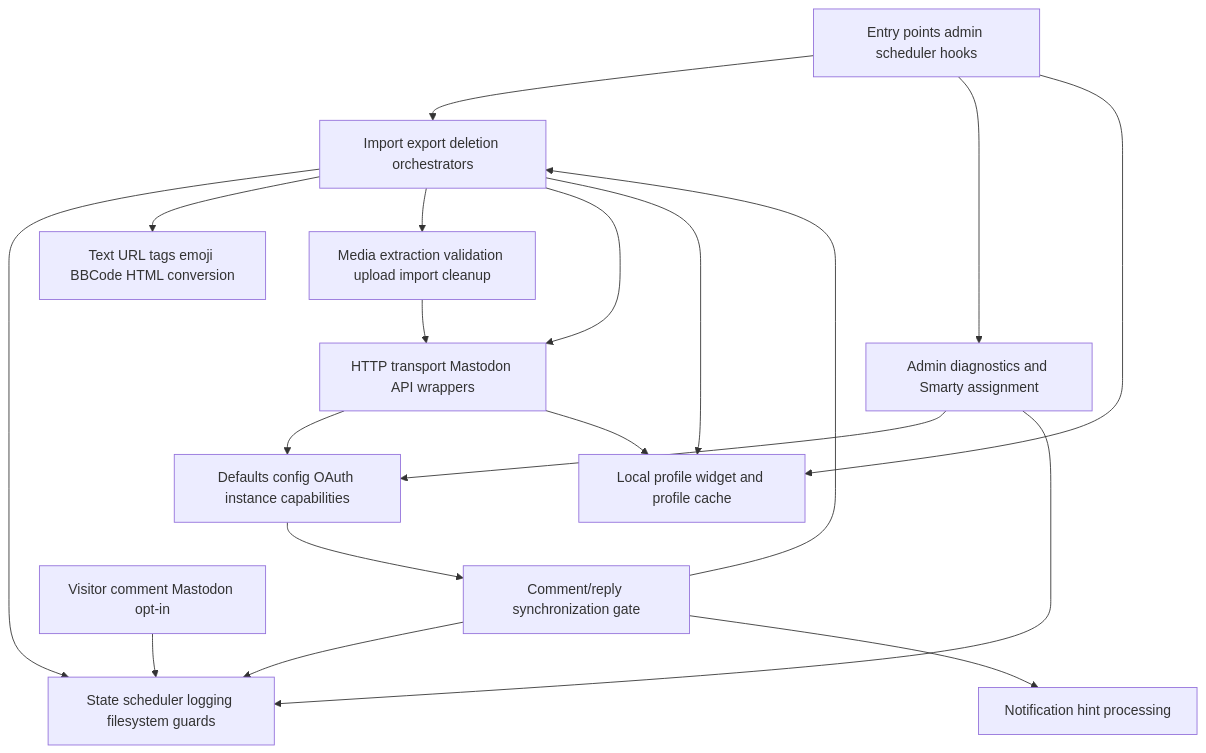
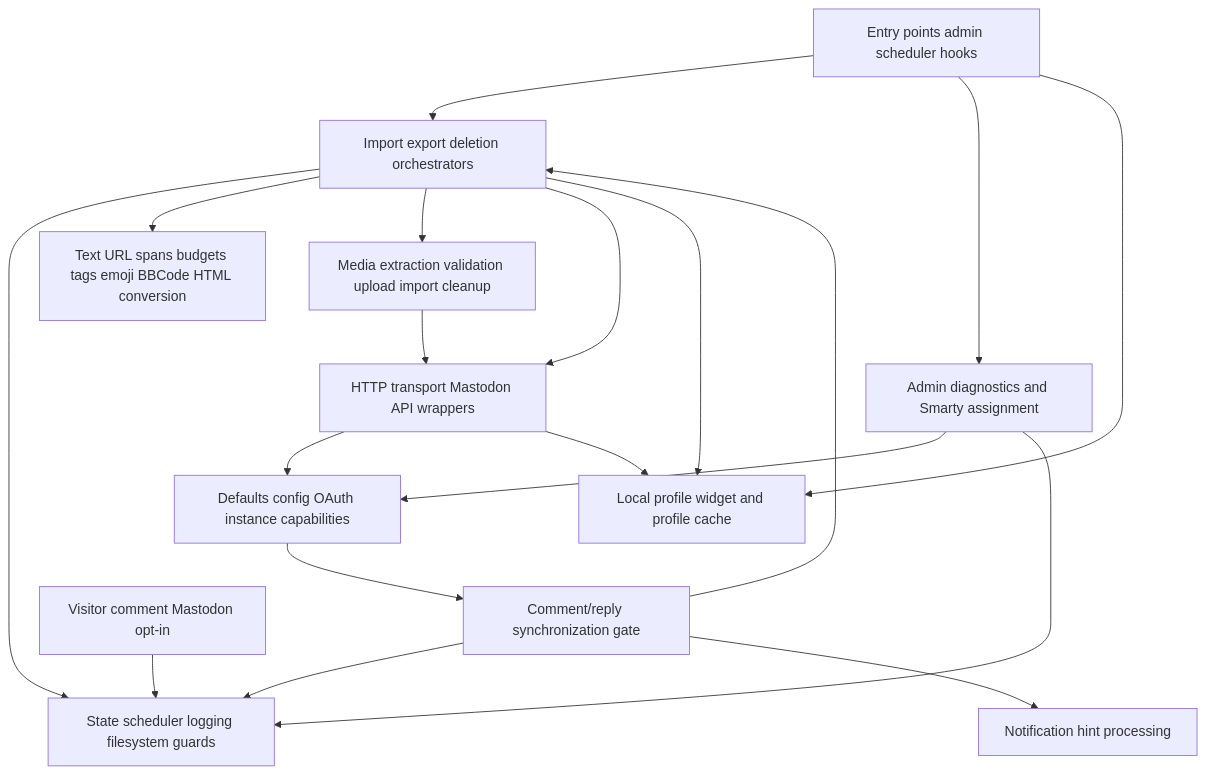
One commit to flatpressblog/flatpress changed the diagram in fp-plugins/mastodon/developer-docs/03-Function-Process-Matrix.md. Above: the diagram before and after it, drawn with Mermaid. The commit also changed other lines of this file and 10 other files, not shown here.

````diff
--- a/fp-plugins/mastodon/developer-docs/03-Function-Process-Matrix.md
+++ b/fp-plugins/mastodon/developer-docs/03-Function-Process-Matrix.md
@@ -48,34 +49,34 @@
 ```mermaid
 flowchart TD
     EntryPoints[Entry points admin scheduler hooks]
     Config[Defaults config OAuth instance capabilities]
     CommentReplyGate[Comment/reply synchronization gate]
     CommentOptin[Visitor comment Mastodon opt-in]
     State[State scheduler logging filesystem guards]
-    Text[Text URL tags emoji BBCode HTML conversion]
+    Text[Text URL spans budgets tags emoji BBCode HTML conversion]
     Media[Media extraction validation upload import cleanup]
     API[HTTP transport Mastodon API wrappers]
     Sync[Import export deletion orchestrators]
     Notifications[Notification hint processing]
     Admin[Admin diagnostics and Smarty assignment]
     Widget[Local profile widget and profile cache]
 
     EntryPoints --> Sync
     Config --> CommentReplyGate
     CommentReplyGate --> Sync
     CommentReplyGate --> State
     CommentOptin --> State
     CommentReplyGate --> Notifications
     EntryPoints --> Admin
     EntryPoints --> Widget
     Sync --> State
     Sync --> Text
     Sync --> Media
     Sync --> API
     Sync --> Widget
     Admin --> Config
     Admin --> State
     API --> Config
     API --> Widget
     Media --> API
 ```
````
